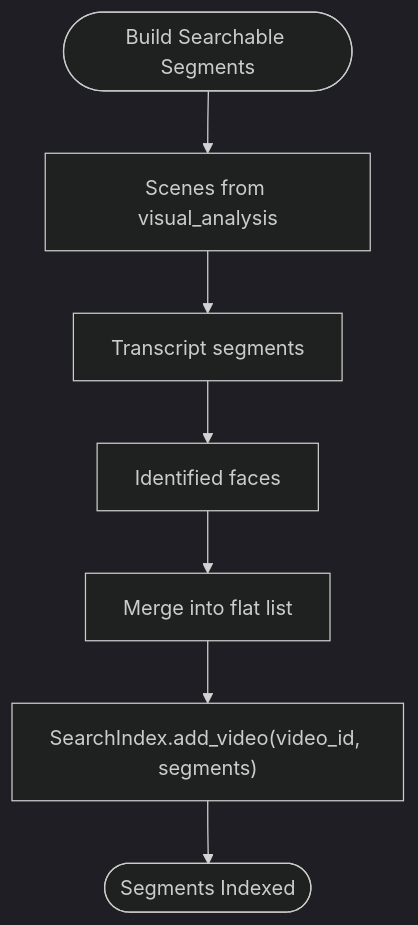
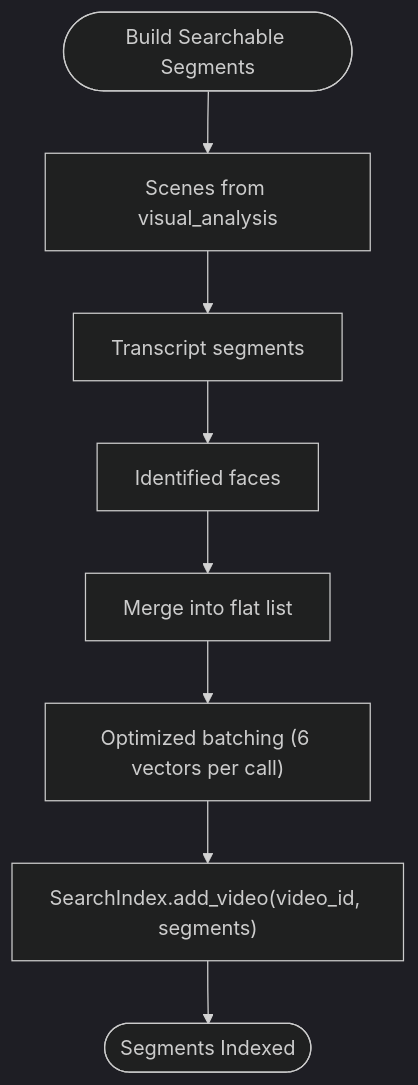
One commit to alexandreybasta-cyber/dubai-media-ai changed the fourth of 9 diagrams in .qoder/repowiki/en/content/Media Processing Pipeline/Search Index Stage.md. Above: the diagram before and after it, drawn with Mermaid (dark theme). The commit also changed other lines of this file and 48 other files, not shown here.

````diff
--- a/.qoder/repowiki/en/content/Media Processing Pipeline/Search Index Stage.md
+++ b/.qoder/repowiki/en/content/Media Processing Pipeline/Search Index Stage.md
@@ -197,9 +241,10 @@
 ```mermaid
 flowchart TD
 Start(["Build Searchable Segments"]) --> VA["Scenes from visual_analysis"]
 VA --> TR["Transcript segments"]
 TR --> FR["Identified faces"]
 FR --> Merge["Merge into flat list"]
-Merge --> Add["SearchIndex.add_video(video_id, segments)"]
+Merge --> Batch["Optimized batching (6 vectors per call)"]
+Batch --> Add["SearchIndex.add_video(video_id, segments)"]
 Add --> End(["Segments Indexed"])
 ```
````
